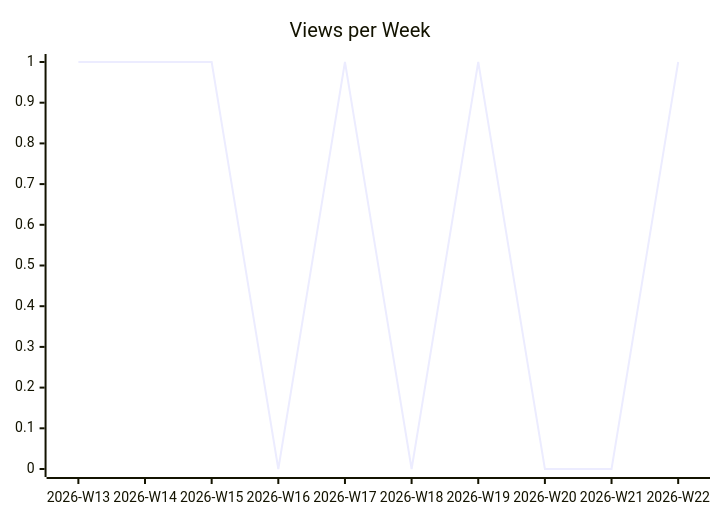
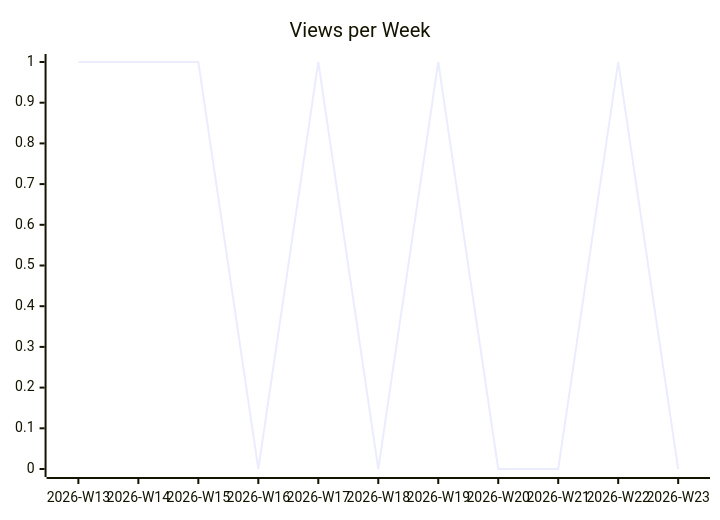
One commit to justdavis-family/github-analytics-data changed the second of 3 diagrams in karlmdavis/ansible-role-jenkins2/README.md. Above: the diagram before and after it, drawn with Mermaid. The commit also changed other lines of this file and 186 other files, not shown here.

````diff
--- a/karlmdavis/ansible-role-jenkins2/README.md
+++ b/karlmdavis/ansible-role-jenkins2/README.md
@@ -12,6 +12,6 @@
 ```mermaid
 xychart-beta
   title "Views per Week"
-  x-axis ["2026-W13", "2026-W14", "2026-W15", "2026-W16", "2026-W17", "2026-W18", "2026-W19", "2026-W20", "2026-W21", "2026-W22"]
-  line [1, 1, 1, 0, 1, 0, 1, 0, 0, 1]
+  x-axis ["2026-W13", "2026-W14", "2026-W15", "2026-W16", "2026-W17", "2026-W18", "2026-W19", "2026-W20", "2026-W21", "2026-W22", "2026-W23"]
+  line [1, 1, 1, 0, 1, 0, 1, 0, 0, 1, 0]
 ```
````
